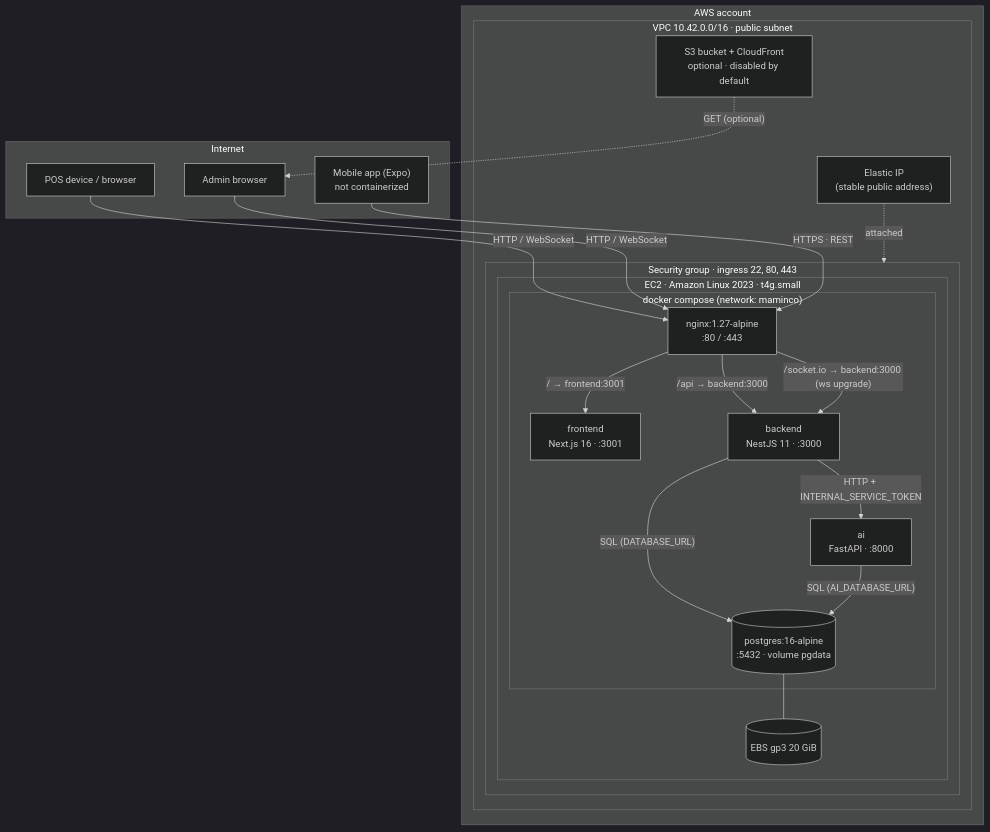
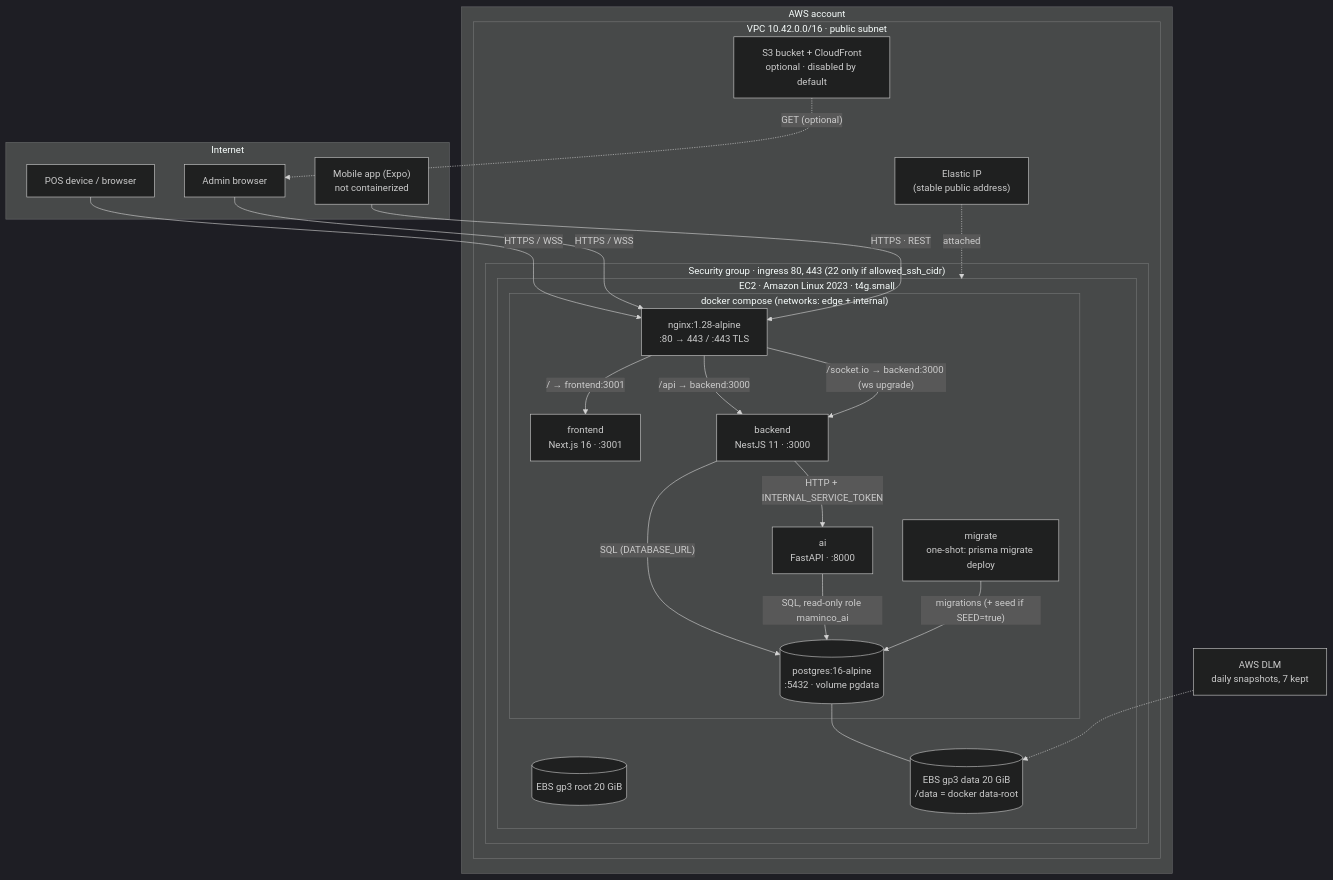
The diagram in docs/ARCHITECTURE.md (ThonkasM/maminco-infra), drawn with Mermaid (dark theme) before and after one commit. The commit also changed other lines of this file and 46 other files, not shown here.

````diff
--- a/docs/ARCHITECTURE.md
+++ b/docs/ARCHITECTURE.md
@@ -9,42 +10,46 @@
 ```mermaid
 flowchart TB
     subgraph Internet
         U1["POS device / browser"]
         U2["Admin browser"]
         U3["Mobile app (Expo)\nnot containerized"]
     end
 
     subgraph AWS["AWS account"]
         subgraph VPC["VPC 10.42.0.0/16 · public subnet"]
-            subgraph SG["Security group · ingress 22, 80, 443"]
+            subgraph SG["Security group · ingress 80, 443 (22 only if allowed_ssh_cidr)"]
                 subgraph Host["EC2 · Amazon Linux 2023 · t4g.small"]
-                    subgraph Compose["docker compose (network: maminco)"]
-                        NX["nginx:1.27-alpine\n:80 / :443"]
+                    subgraph Compose["docker compose (networks: edge + internal)"]
+                        NX["nginx:1.28-alpine\n:80 → 443 / :443 TLS"]
                         FE["frontend\nNext.js 16 · :3001"]
                         BE["backend\nNestJS 11 · :3000"]
                         AI["ai\nFastAPI · :8000"]
+                        MG["migrate\none-shot: prisma migrate deploy"]
                         PG[("postgres:16-alpine\n:5432 · volume pgdata")]
                     end
-                    EBS[("EBS gp3 20 GiB")]
+                    EBS[("EBS gp3 root 20 GiB")]
+                    DATA[("EBS gp3 data 20 GiB\n/data = docker data-root")]
                 end
             end
             EIP["Elastic IP\n(stable public address)"]
             S3["S3 bucket + CloudFront\noptional · disabled by default"]
         end
     end
 
-    U1 -->|HTTP / WebSocket| NX
-    U2 -->|HTTP / WebSocket| NX
+    U1 -->|HTTPS / WSS| NX
+    U2 -->|HTTPS / WSS| NX
     U3 -->|HTTPS · REST| NX
     EIP -.->|attached| Host
 
     NX -->|"/ → frontend:3001"| FE
     NX -->|"/api → backend:3000"| BE
     NX -->|"/socket.io → backend:3000 (ws upgrade)"| BE
     BE -->|"SQL (DATABASE_URL)"| PG
-    AI -->|"SQL (AI_DATABASE_URL)"| PG
+    AI -->|"SQL, read-only role maminco_ai"| PG
     BE -->|"HTTP + INTERNAL_SERVICE_TOKEN"| AI
-    PG --- EBS
+    MG -->|"migrations (+ seed if SEED=true)"| PG
+    PG --- DATA
+    DLM["AWS DLM\ndaily snapshots, 7 kept"] -.-> DATA
 
     S3 -.->|"GET (optional)"| U2
 ```
````
